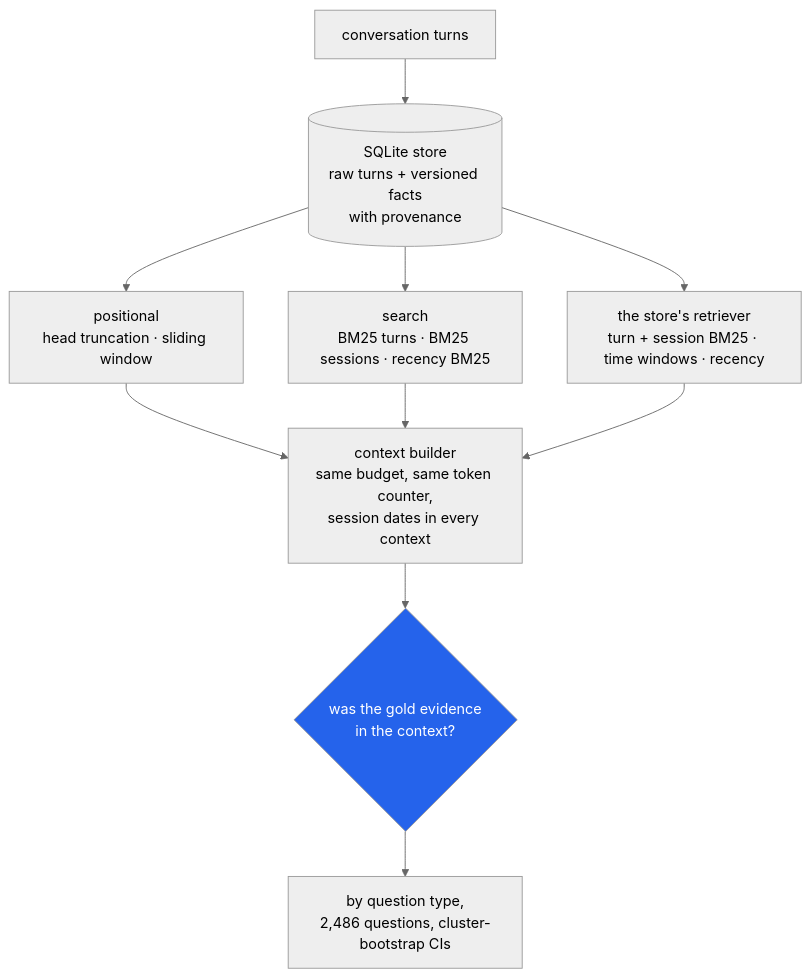
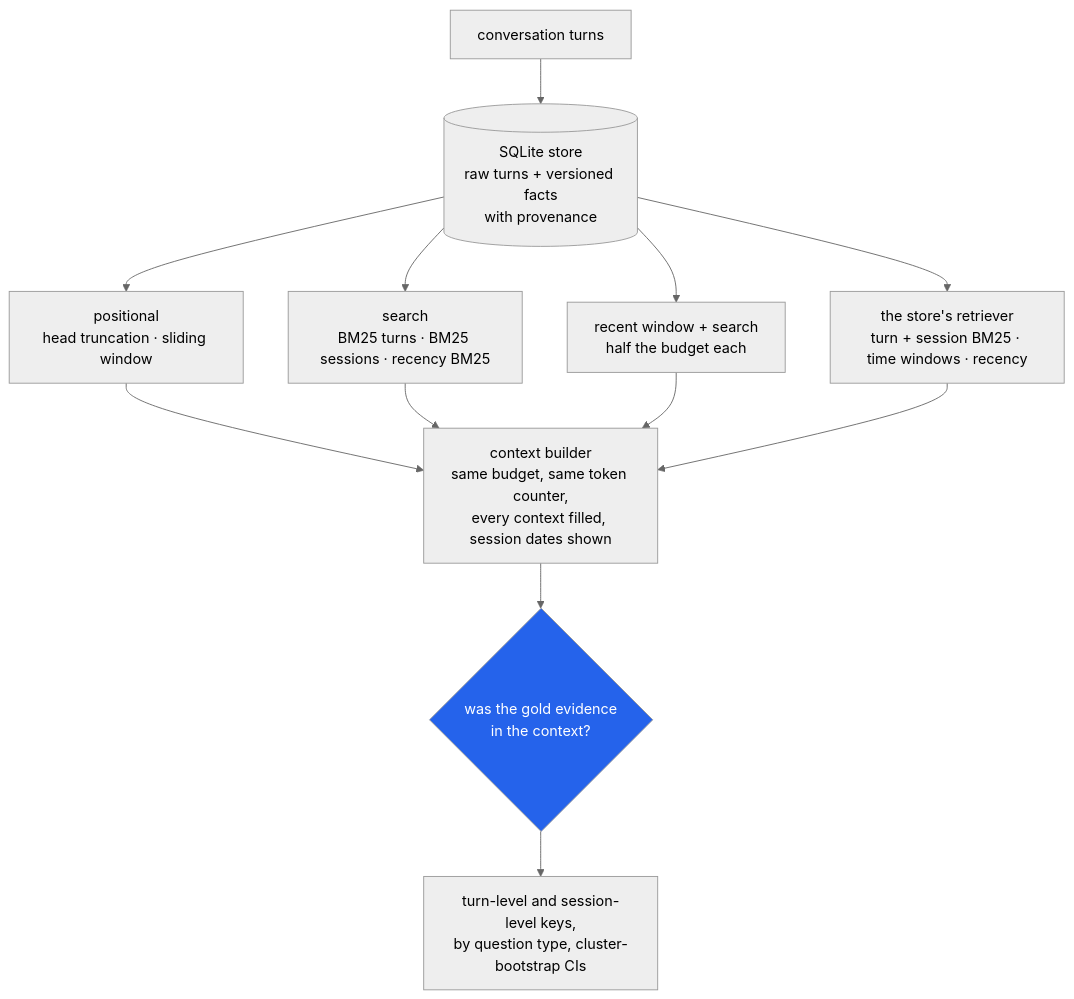
Before and after one commit to hammasbuilds/agent-memory: the diagram in README.md, drawn with Mermaid (neutral theme). The commit also changed other lines of this file and 10 other files, not shown here.

````diff
--- a/README.md
+++ b/README.md
@@ -27,14 +28,16 @@
 ```mermaid
 flowchart TD
     A["conversation turns"] --> S[("SQLite store<br/>raw turns + versioned facts<br/>with provenance")]
     S --> P1["positional<br/>head truncation · sliding window"]
     S --> P2["search<br/>BM25 turns · BM25 sessions · recency BM25"]
+    S --> P4["recent window + search<br/>half the budget each"]
     S --> P3["the store's retriever<br/>turn + session BM25 · time windows · recency"]
-    P1 --> C["context builder<br/>same budget, same token counter,<br/>session dates in every context"]
+    P1 --> C["context builder<br/>same budget, same token counter,<br/>every context filled, session dates shown"]
     P2 --> C
+    P4 --> C
     P3 --> C
     C --> M{"was the gold evidence<br/>in the context?"}
-    M --> T["by question type,<br/>2,486 questions, cluster-bootstrap CIs"]
+    M --> T["turn-level and session-level keys,<br/>by question type, cluster-bootstrap CIs"]
 
     style M fill:#2563eb,color:#fff
 ```
````
